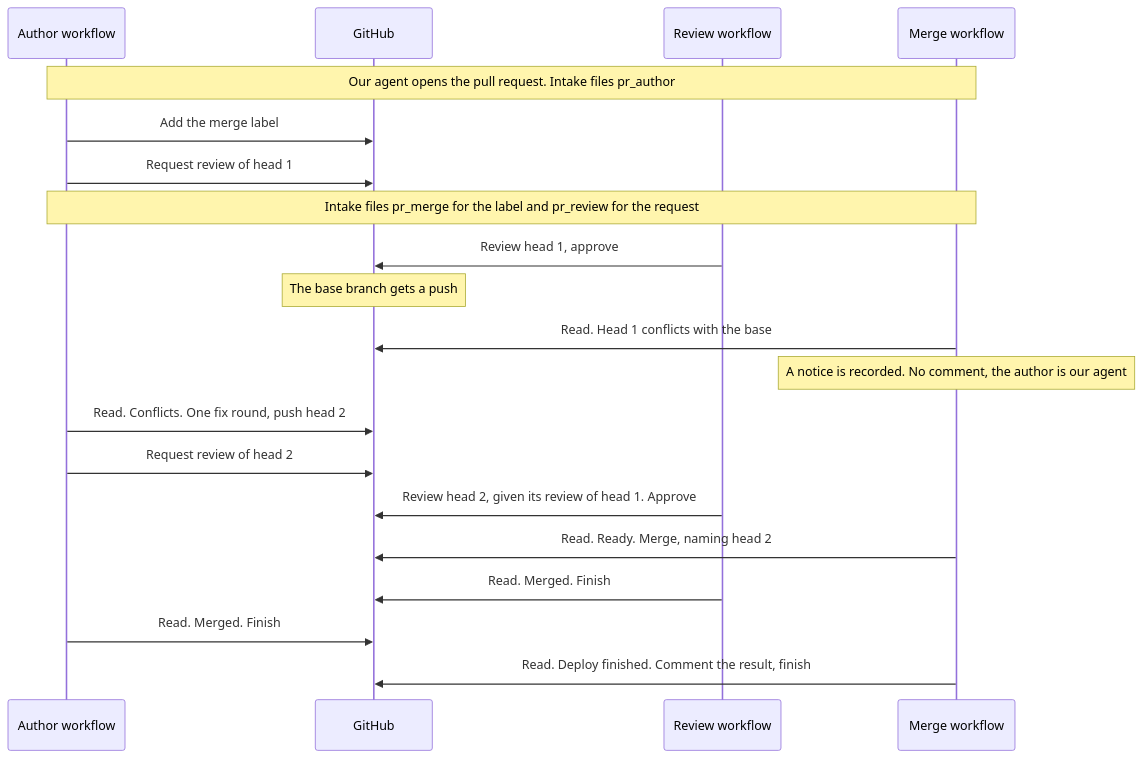
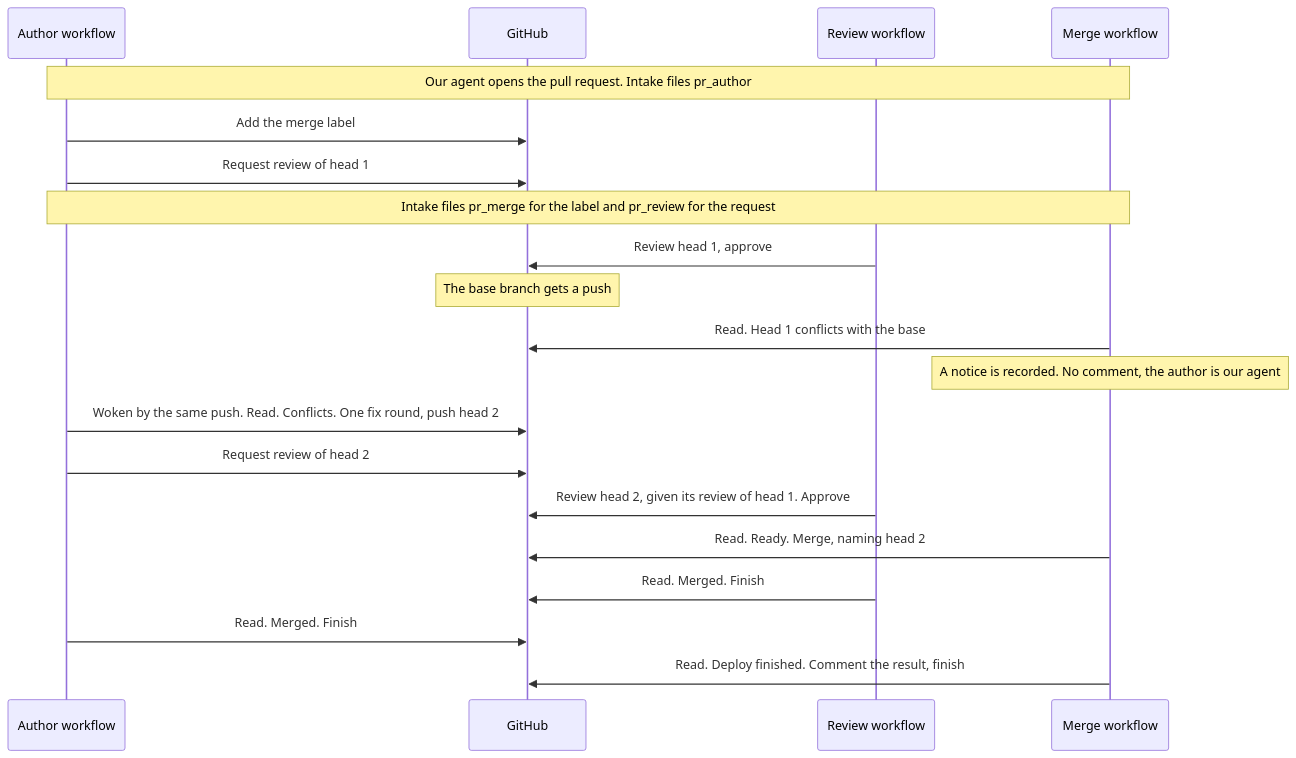
The diagram in docs/example-pr-flows.md (gfx-labs/protocol7), drawn with Mermaid before and after one commit. The commit also changed other lines of this file and 3 other files, not shown here.

````diff
--- a/docs/example-pr-flows.md
+++ b/docs/example-pr-flows.md
@@ -21,22 +21,22 @@
 ```mermaid
 sequenceDiagram
   participant A as Author workflow
   participant G as GitHub
   participant R as Review workflow
   participant M as Merge workflow
   Note over A,M: Our agent opens the pull request. Intake files pr_author
   A->>G: Add the merge label
   A->>G: Request review of head 1
   Note over A,M: Intake files pr_merge for the label and pr_review for the request
   R->>G: Review head 1, approve
   Note over G: The base branch gets a push
   M->>G: Read. Head 1 conflicts with the base
   Note over M: A notice is recorded. No comment, the author is our agent
-  A->>G: Read. Conflicts. One fix round, push head 2
+  A->>G: Woken by the same push. Read. Conflicts. One fix round, push head 2
   A->>G: Request review of head 2
   R->>G: Review head 2, given its review of head 1. Approve
   M->>G: Read. Ready. Merge, naming head 2
   R->>G: Read. Merged. Finish
   A->>G: Read. Merged. Finish
   M->>G: Read. Deploy finished. Comment the result, finish
 ```
````
